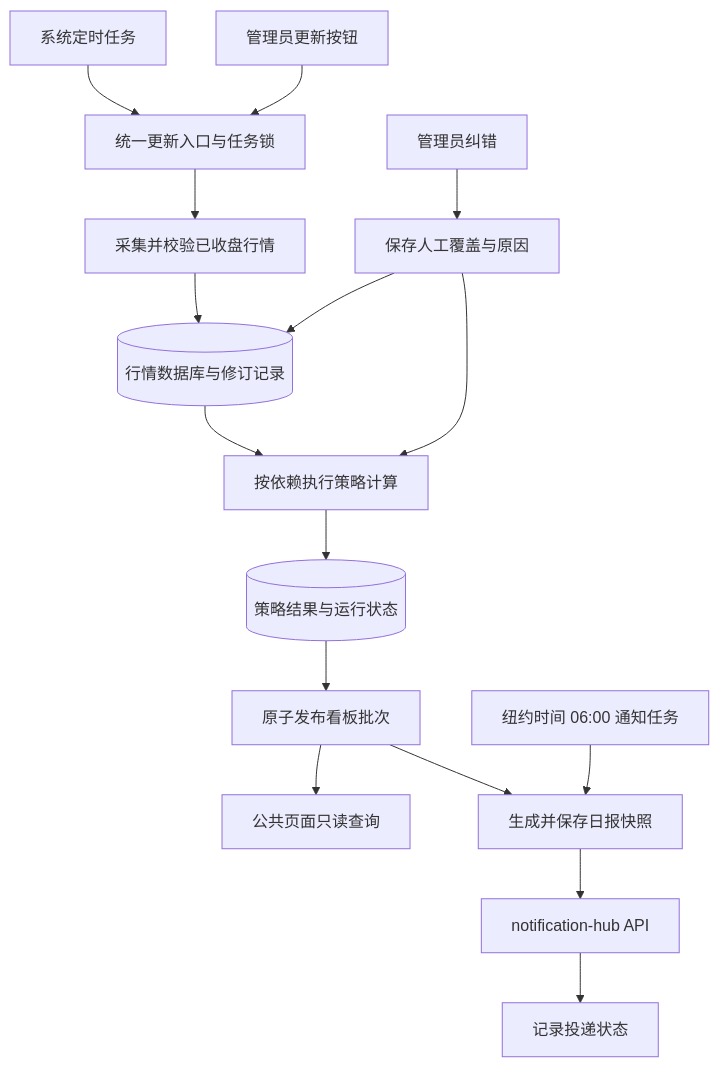
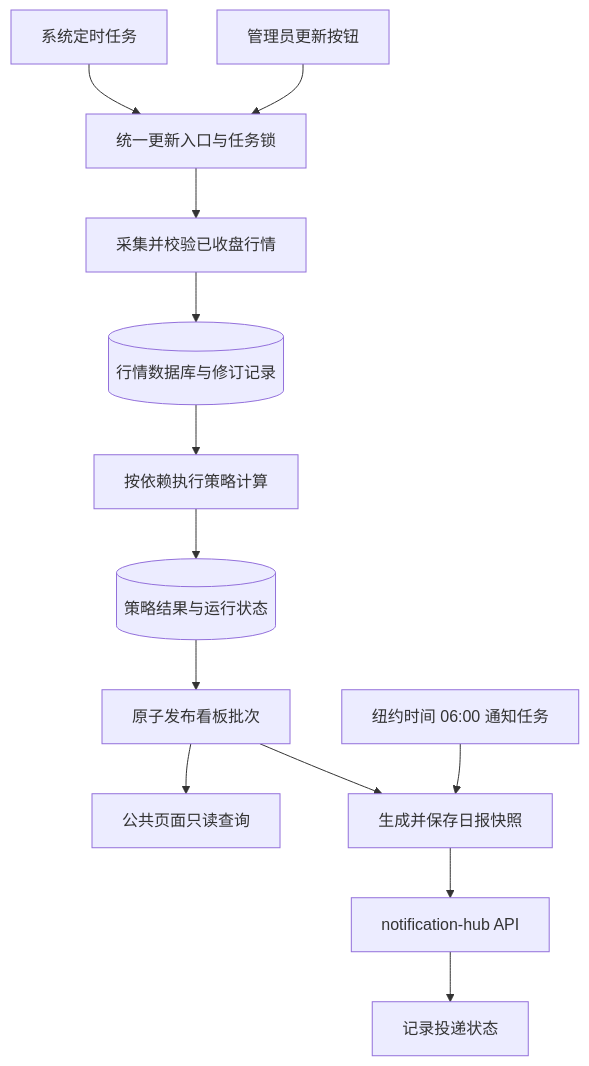
One commit to captainamari/stock-tracker changed the diagram in docs/planning/DAILY_USE_OPTIMIZATION_PLAN.md. Above: the diagram before and after it, drawn with Mermaid. The commit also changed other lines of this file and 1 other file, not shown here.

````diff
--- a/docs/planning/DAILY_USE_OPTIMIZATION_PLAN.md
+++ b/docs/planning/DAILY_USE_OPTIMIZATION_PLAN.md
@@ -53,18 +55,15 @@
 ```mermaid
 flowchart TD
     T[系统定时任务] --> Q[统一更新入口与任务锁]
     B[管理员更新按钮] --> Q
     Q --> D[采集并校验已收盘行情]
     D --> DB[(行情数据库与修订记录)]
     DB --> C[按依赖执行策略计算]
     C --> R[(策略结果与运行状态)]
     R --> P[原子发布看板批次]
     P --> W[公共页面只读查询]
     P --> S[生成并保存日报快照]
     N[纽约时间 06:00 通知任务] --> S
     S --> H[notification-hub API]
     H --> L[记录投递状态]
-    A[管理员纠错] --> O[保存人工覆盖与原因]
-    O --> DB
-    O --> C
 ```
````
